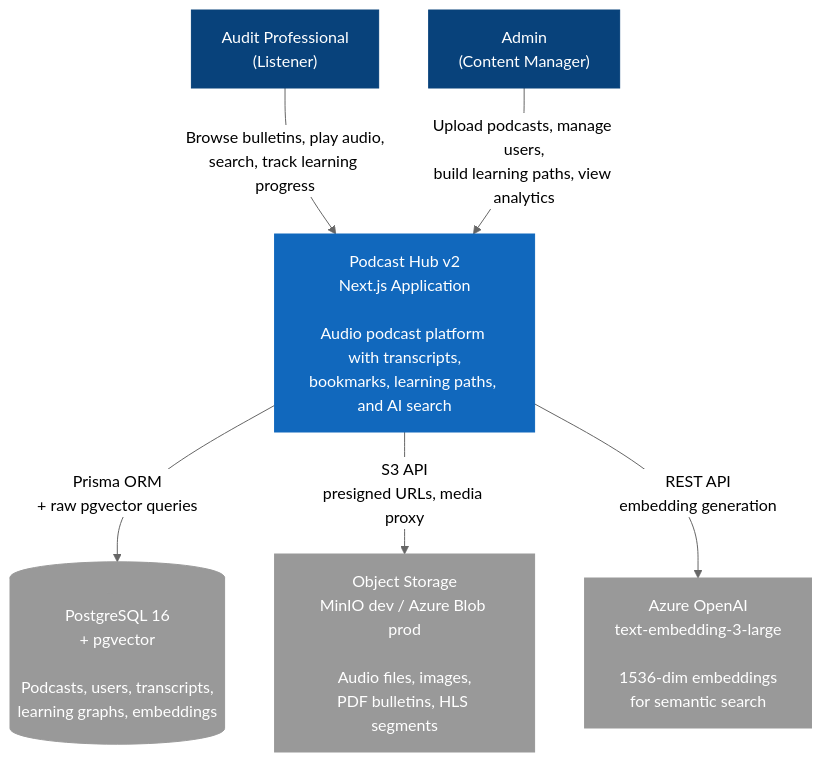
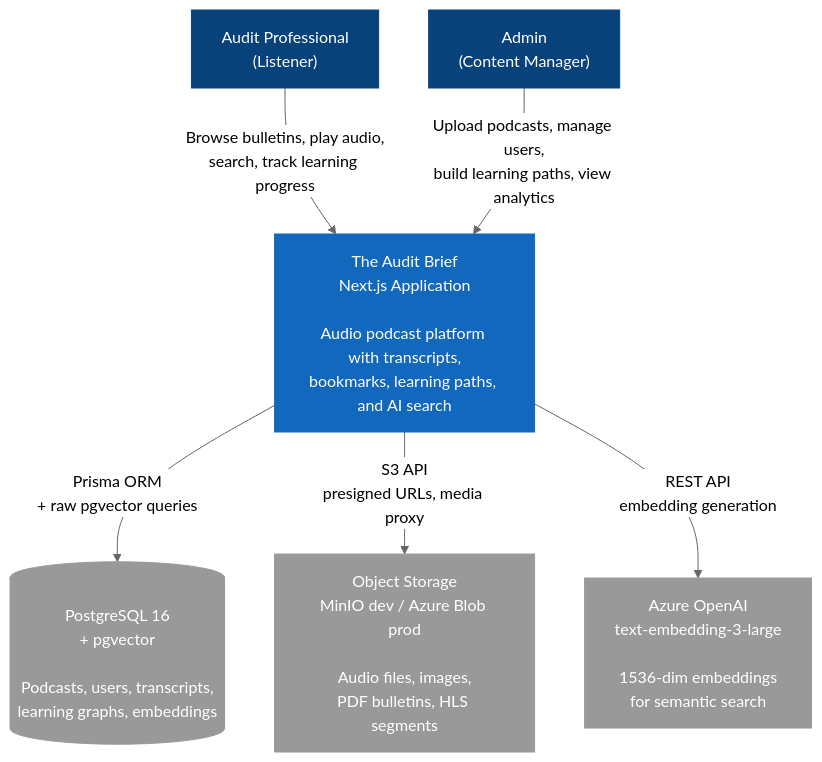
The diagram in docs/architecture/1-system-context.mmd (RoshanJ20/podcasthub), drawn with Mermaid (neutral theme) before and after one commit. The commit also changed 196 other files, not shown here.

First line of the commit message:
chore: rename app from Podcast Hub to The Audit Brief

```diff
--- a/docs/architecture/1-system-context.mmd
+++ b/docs/architecture/1-system-context.mmd
@@ -1,24 +1,24 @@
 graph TB
     User["Audit Professional\n(Listener)"]
     Admin["Admin\n(Content Manager)"]
 
-    System["Podcast Hub v2\nNext.js Application\n\nAudio podcast platform with transcripts,\nbookmarks, learning paths, and AI search"]
+    System["The Audit Brief\nNext.js Application\n\nAudio podcast platform with transcripts,\nbookmarks, learning paths, and AI search"]
 
     PG[("PostgreSQL 16\n+ pgvector\n\nPodcasts, users, transcripts,\nlearning graphs, embeddings")]
     S3["Object Storage\nMinIO dev / Azure Blob prod\n\nAudio files, images,\nPDF bulletins, HLS segments"]
     OpenAI["Azure OpenAI\ntext-embedding-3-large\n\n1536-dim embeddings\nfor semantic search"]
 
     User -->|"Browse bulletins, play audio,\nsearch, track learning progress"| System
     Admin -->|"Upload podcasts, manage users,\nbuild learning paths, view analytics"| System
 
     System -->|"Prisma ORM\n+ raw pgvector queries"| PG
     System -->|"S3 API\npresigned URLs, media proxy"| S3
     System -->|"REST API\nembedding generation"| OpenAI
 
     classDef person fill:#08427b,color:#fff,stroke:#08427b
     classDef system fill:#1168bd,color:#fff,stroke:#1168bd
     classDef external fill:#999,color:#fff,stroke:#999
 
     class User,Admin person
     class System system
     class PG,S3,OpenAI external
```
